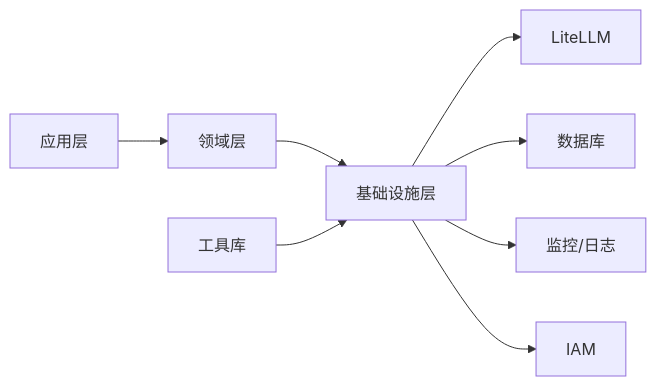
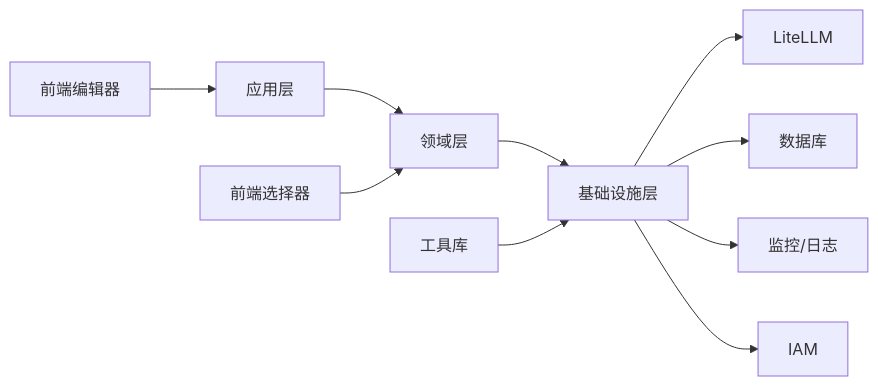
Before and after one commit to tianyehedashu/ai-agent: diagram 20 of 20 in .qoder/repowiki/zh/content/网关服务架构/网关服务架构.md, drawn with Mermaid. The commit also changed other lines of this file and 32 other files, not shown here.

````diff
--- a/.qoder/repowiki/zh/content/网关服务架构/网关服务架构.md
+++ b/.qoder/repowiki/zh/content/网关服务架构/网关服务架构.md
@@ -712,10 +864,12 @@
 ```mermaid
 graph LR
 APP["应用层"] --> DOMAIN["领域层"]
 DOMAIN --> INFRA["基础设施层"]
 INFRA --> LLM["LiteLLM"]
 INFRA --> DB["数据库"]
 INFRA --> MON["监控/日志"]
 INFRA --> IAM["IAM"]
 LIBS["工具库"] --> INFRA
+FE_EDITOR["前端编辑器"] --> APP
+FE_SELECT["前端选择器"] --> DOMAIN
 ```
````
